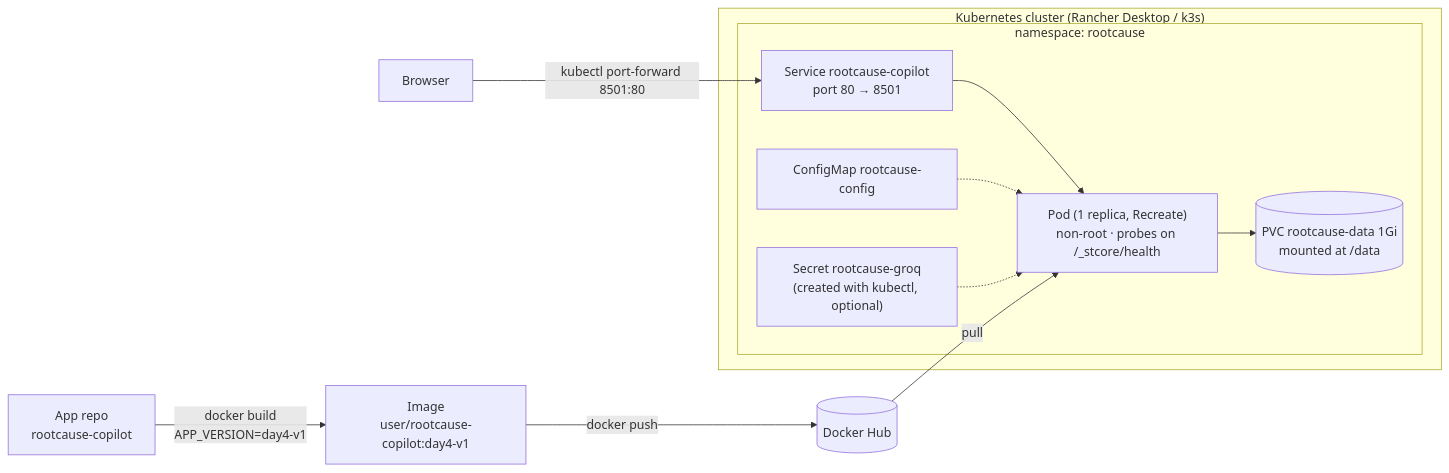
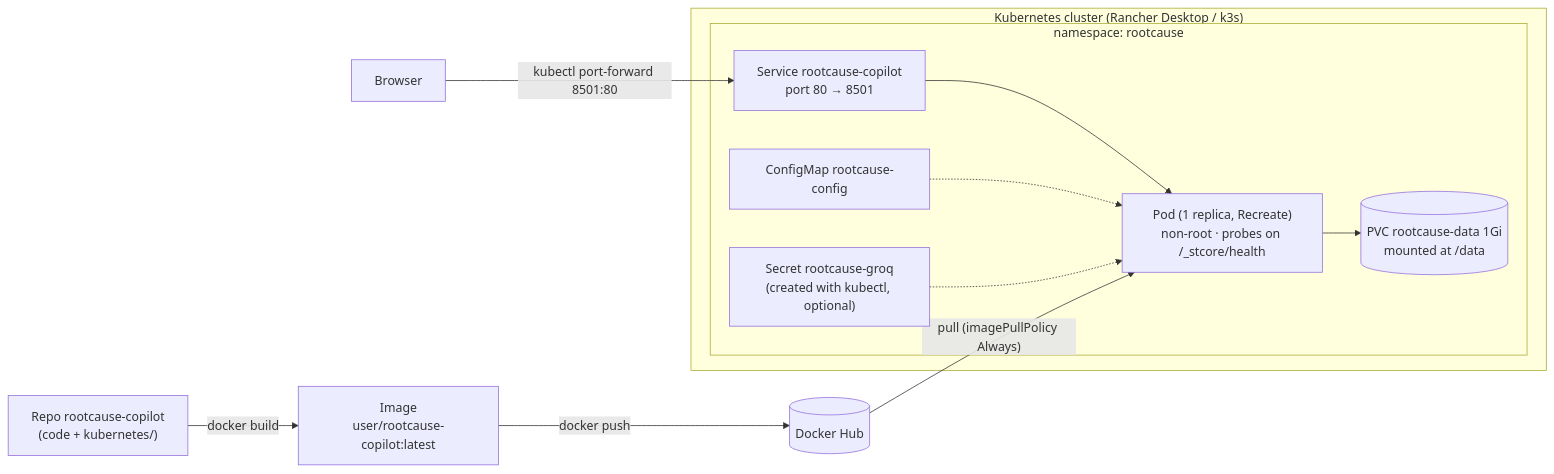
The sixth of 7 diagrams in ARCHITECTURE.md (appars/rootcause-copilot), drawn with Mermaid before and after one commit. The commit also changed other lines of this file and 32 other files, not shown here.

First line of the commit message:
Day 5 deployment-ready: single-repo GitOps, latest image convention, CI, platform guides

````diff
--- a/ARCHITECTURE.md
+++ b/ARCHITECTURE.md
@@ -162,15 +162,15 @@
 ```mermaid
 flowchart LR
-    SRC["App repo<br/>rootcause-copilot"] -->|"docker build<br/>APP_VERSION=day4-v1"| IMG["Image<br/>user/rootcause-copilot:day4-v1"]
+    SRC["Repo rootcause-copilot<br/>(code + kubernetes/)"] -->|"docker build"| IMG["Image<br/>user/rootcause-copilot:latest"]
     IMG -->|"docker push"| HUB[("Docker Hub")]
     subgraph K8S["Kubernetes cluster (Rancher Desktop / k3s)"]
       subgraph NS["namespace: rootcause"]
         SVC["Service rootcause-copilot<br/>port 80 → 8501"] --> POD["Pod (1 replica, Recreate)<br/>non-root · probes on /_stcore/health"]
         CM["ConfigMap rootcause-config"] -.-> POD
         SEC["Secret rootcause-groq<br/>(created with kubectl, optional)"] -.-> POD
         POD --> PVC[("PVC rootcause-data 1Gi<br/>mounted at /data")]
       end
     end
-    HUB -->|"pull"| POD
+    HUB -->|"pull (imagePullPolicy Always)"| POD
     USER["Browser"] -->|"kubectl port-forward 8501:80"| SVC
 ```
````
